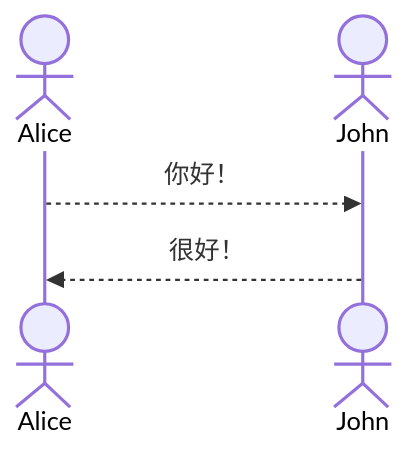
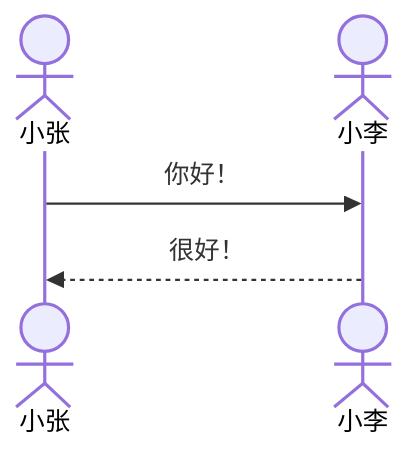
Diagram 13 of 21 in _posts/2025-09-02-mermaid.js.md (liulong0125/liulong0125.github.io), drawn with Mermaid before and after one commit. The commit also changed other lines of this file, not shown here.

Commit message:
更新时序图

````diff
--- a/_posts/2025-09-02-mermaid.js.md
+++ b/_posts/2025-09-02-mermaid.js.md
@@ -608,8 +616,8 @@
 ```mermaid
 sequenceDiagram
-  actor Alice
-  actor John
+  actor 小张
+  actor 小李
 
-  Alice-->>John: 你好！
-  John-->>Alice: 很好！
+  小张->>小李: 你好！
+  小李-->>小张: 很好！
 ```
````
